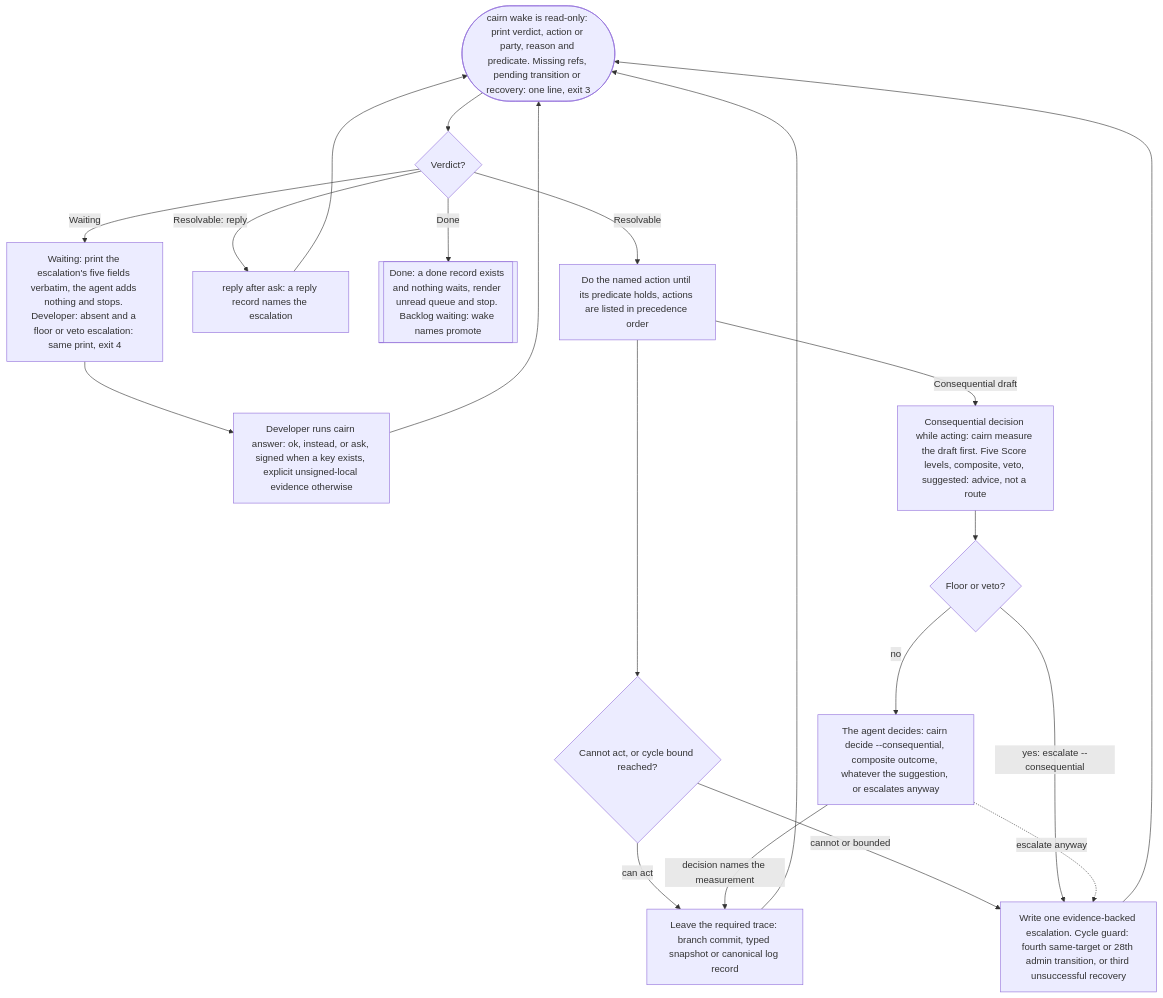
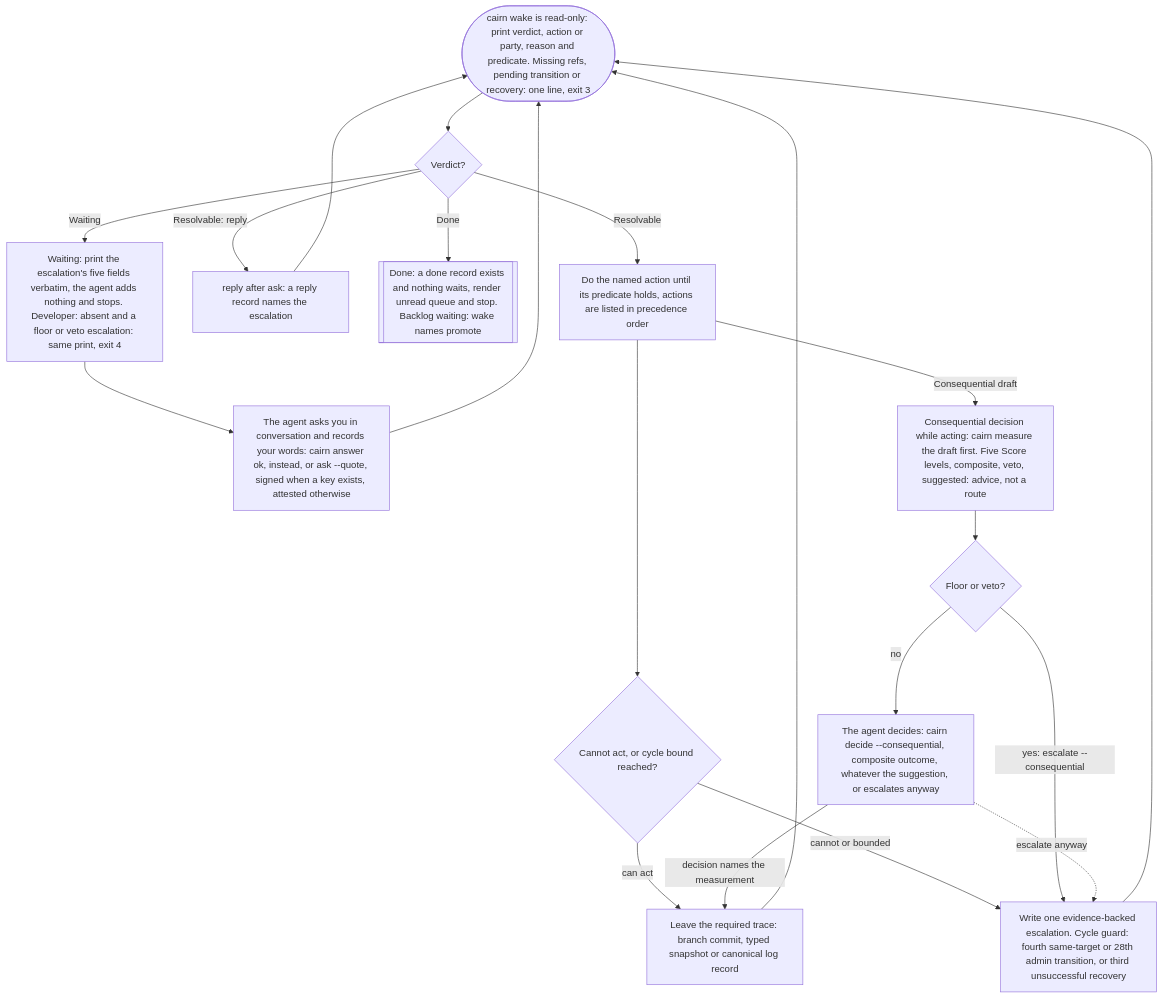
One commit to eas4ai/cairn changed the diagram in README.md. Above: the diagram before and after it, drawn with Mermaid. The commit also changed other lines of this file and 14 other files, not shown here.

Commit message:
Docs, template, skills and diagrams: the agent asks in conversation and records the developer's words; changelog 2.1.0

````diff
--- a/README.md
+++ b/README.md
@@ -221,36 +222,36 @@
 ```mermaid
 flowchart TB
   wake(["cairn wake is read-only: print verdict, action or party, reason and predicate. Missing refs, pending transition or recovery: one line, exit 3"])
   verdict{"Verdict?"}
   waiting["Waiting: print the escalation's five fields verbatim, the agent adds nothing and stops. Developer: absent and a floor or veto escalation: same print, exit 4"]
-  answer["Developer runs cairn answer: ok, instead, or ask, signed when a key exists, explicit unsigned-local evidence otherwise"]
+  answer["The agent asks you in conversation and records your words: cairn answer ok, instead, or ask --quote, signed when a key exists, attested otherwise"]
   reply["reply after ask: a reply record names the escalation"]
   stop[["Done: a done record exists and nothing waits, render unread queue and stop. Backlog waiting: wake names promote"]]
   act["Do the named action until its predicate holds, actions are listed in precedence order"]
   cannot{"Cannot act, or cycle bound reached?"}
   escalate["Write one evidence-backed escalation. Cycle guard: fourth same-target or 28th admin transition, or third unsuccessful recovery"]
   measure["Consequential decision while acting: cairn measure the draft first. Five Score levels, composite, veto, suggested: advice, not a route"]
   gate{"Floor or veto?"}
   decide["The agent decides: cairn decide --consequential, composite outcome, whatever the suggestion, or escalates anyway"]
   trace["Leave the required trace: branch commit, typed snapshot or canonical log record"]
 
   wake --> verdict
   verdict -->|"Waiting"| waiting
   waiting --> answer
   answer --> wake
   verdict -->|"Resolvable: reply"| reply
   reply --> wake
   verdict -->|"Done"| stop
   verdict -->|"Resolvable"| act
   act --> cannot
   cannot -->|"can act"| trace
   cannot -->|"cannot or bounded"| escalate
   trace --> wake
   escalate --> wake
   act -->|"Consequential draft"| measure
   measure --> gate
   gate -->|"yes: escalate --consequential"| escalate
   gate -->|"no"| decide
   decide -->|"decision names the measurement"| trace
   decide -.->|"escalate anyway"| escalate
 ```
````
